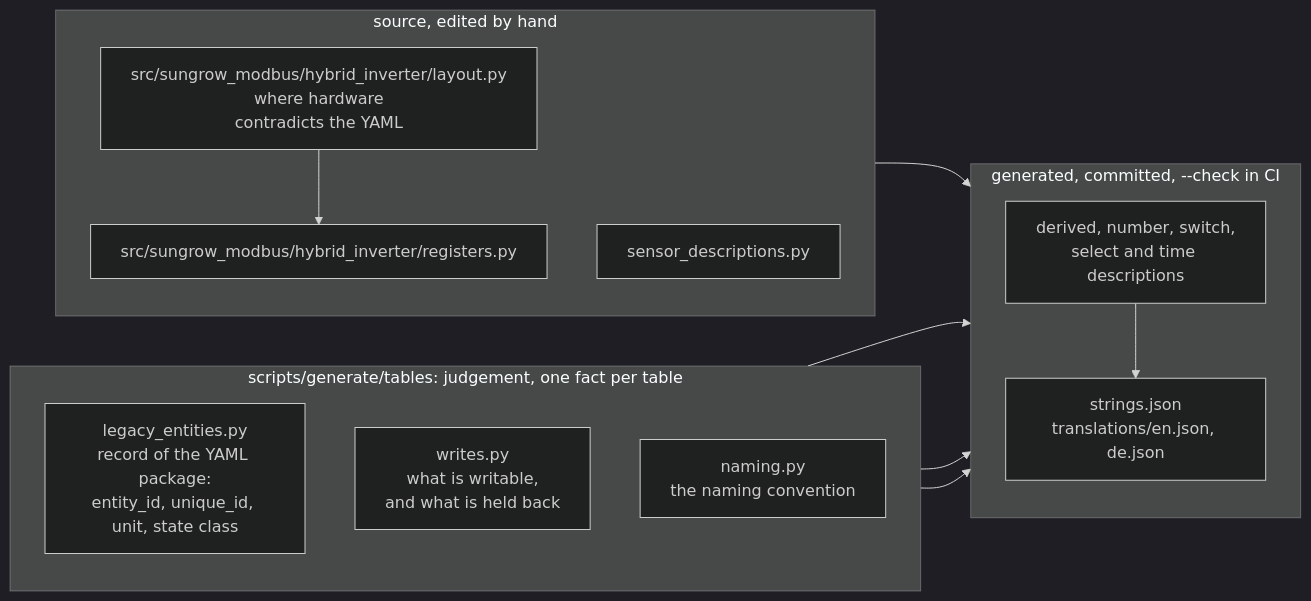
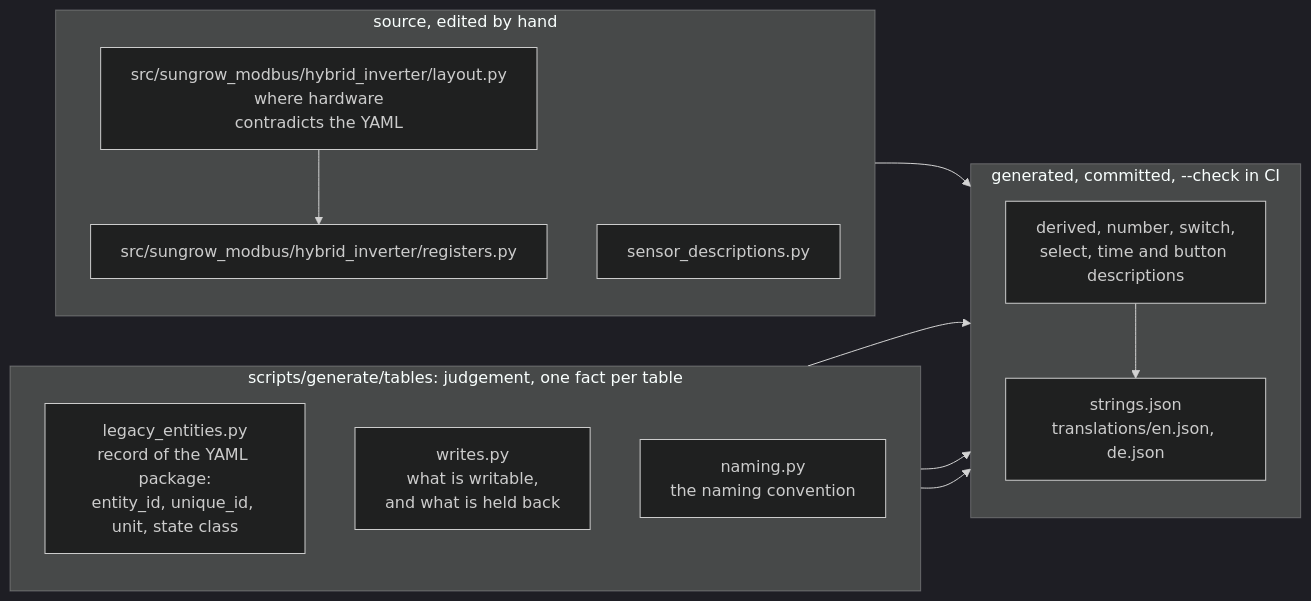
One commit to mkaiser/Sungrow-SHx-Inverter-Modbus-Home-Assistant changed the second of 2 diagrams in doc/architecture.md. Above: the diagram before and after it, drawn with Mermaid (dark theme). The commit also changed other lines of this file and 20 other files, not shown here.

````diff
--- a/doc/architecture.md
+++ b/doc/architecture.md
@@ -248,29 +254,29 @@
 ```mermaid
 flowchart LR
     subgraph tables["scripts/generate/tables: judgement, one fact per table"]
         direction TB
         legacy["legacy_entities.py<br/>record of the YAML package:<br/>entity_id, unique_id, unit, state class"]
         writes["writes.py<br/>what is writable,<br/>and what is held back"]
         naming["naming.py<br/>the naming convention"]
     end
 
     subgraph source["source, edited by hand"]
         direction TB
         regs["src/sungrow_modbus/hybrid_inverter/registers.py"]
         layout["src/sungrow_modbus/hybrid_inverter/layout.py<br/>where hardware<br/>contradicts the YAML"]
         sensors["sensor_descriptions.py"]
     end
 
     subgraph generated["generated, committed, --check in CI"]
         direction TB
-        descs["derived, number, switch,<br/>select and time descriptions"]
+        descs["derived, number, switch,<br/>select, time and button descriptions"]
         strings["strings.json<br/>translations/en.json, de.json"]
     end
 
     layout --> regs
     legacy --> descs
     writes --> descs
     naming --> strings
     descs --> strings
     sensors --> strings
 ```
````
